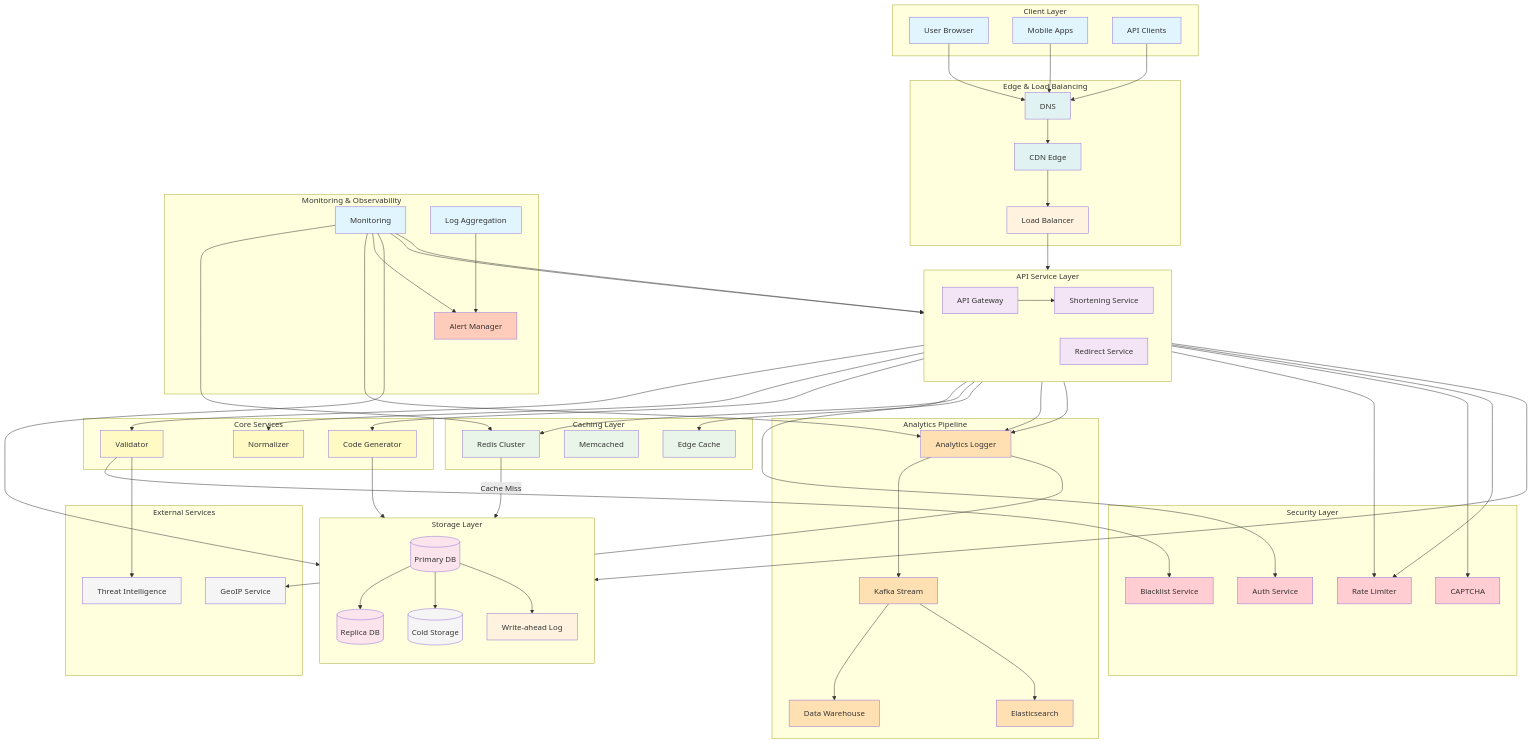
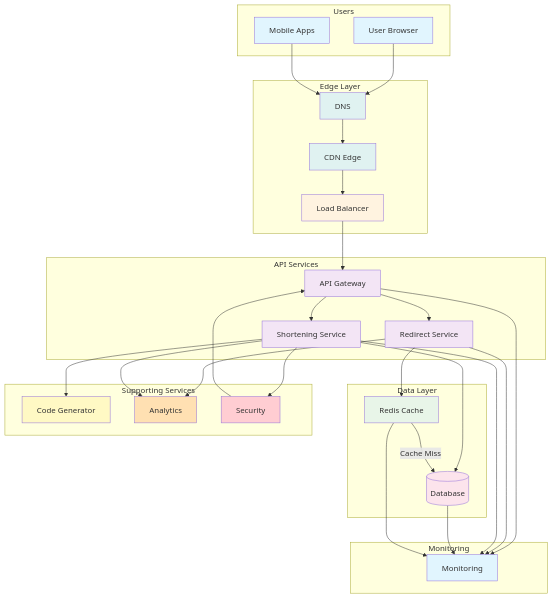
The diagram in URL Shortener System Design.md (romanstetsenko/SystemDesign), drawn with Mermaid before and after one commit. The commit also changed other lines of this file and 1 other file, not shown here.

Commit message:
refactor: Simplify URL Shortener architecture diagram
- Reduced from 9 complex layers to 6 clean, focused layers
- Removed bloated component breakdown (was overcomplicated)
- Fixed monitoring direction: API services  Monitoring (not reverse)
- Eliminated crossed edges and improved flow clarity
- File size: 13.8KB  10.7KB (23% reduction)
- Key layers: Users  Edge  API  Data  Support  Monitoring
- Maintains all essential functionality with cleaner visualization

````diff
--- a/URL Shortener System Design.md
+++ b/URL Shortener System Design.md
@@ -12,181 +12,88 @@
 ```mermaid
 graph TB
-    %% Client Layer - User Interaction Points
-    subgraph "Client Layer"
+    %% User Layer
+    subgraph "Users"
         U[User Browser]
         M[Mobile Apps]
-        API[API Clients]
     end
     
-    %% Load Balancing & Edge Layer
-    subgraph "Edge & Load Balancing"
+    %% Edge & Delivery Layer
+    subgraph "Edge Layer"
         DNS[DNS]
         CDN[CDN Edge]
         LB[Load Balancer]
     end
     
-    %% API Service Layer
-    subgraph "API Service Layer"
-        direction LR
-        AS[API Gateway]
+    %% API Services
+    subgraph "API Services"
+        API[API Gateway]
         RS[Redirect Service]
         SS[Shortening Service]
     end
     
-    %% Core Business Logic
-    subgraph "Core Services"
-        CG[Code Generator]
-        VD[Validator]
-        NM[Normalizer]
+    %% Core Storage & Cache
+    subgraph "Data Layer"
+        RC[Redis Cache]
+        DB[(Database)]
     end
     
-    %% Caching Layer
-    subgraph "Caching Layer"
-        RC[Redis Cluster]
-        MC[Memcached]
-        ECC[Edge Cache]
+    %% Supporting Services
+    subgraph "Supporting Services"
+        CG[Code Generator]
+        AL[Analytics]
+        SEC[Security]
     end
     
-    %% Storage Layer
-    subgraph "Storage Layer"
-        direction TB
-        DB[(Primary DB)]
-        RSDB[(Replica DB)]
-        CS[(Cold Storage)]
-        WAL[Write-ahead Log]
+    %% Monitoring
+    subgraph "Monitoring"
+        MON[Monitoring]
     end
     
-    %% Analytics Pipeline
-    subgraph "Analytics Pipeline"
-        AL[Analytics Logger]
-        KF[Kafka Stream]
-        DW[Data Warehouse]
-        ES[Elasticsearch]
-    end
-    
-    %% Monitoring & Observability
-    subgraph "Monitoring & Observability"
-        MG[Monitoring]
-        ALM[Alert Manager]
-        LOG[Log Aggregation]
-    end
-    
-    %% Security Layer
-    subgraph "Security Layer"
-        BL[Blacklist Service]
-        RL[Rate Limiter]
-        CAP[CAPTCHA]
-        AUTH[Auth Service]
-    end
-    
-    %% External Services
-    subgraph "External Services"
-        THREAT[Threat Intelligence]
-        GEO[GeoIP Service]
-    end
-    
-    %% ==================== FLOWS ====================
-    
-    %% Client to Edge Flow
+    %% Main Flow
     U --> DNS
     M --> DNS
-    API --> DNS
-    
     DNS --> CDN
     CDN --> LB
+    LB --> API
     
-    %% API Request Flow
-    LB --> AS
-    
-    %% Shortening Flow (Write Path)
-    AS --> SS
-    SS --> VD
-    SS --> NM
+    %% Shortening Flow
+    API --> SS
     SS --> CG
-    SS --> AUTH
-    
-    VD --> BL
-    VD --> THREAT
-    
-    CG --> DB
+    SS --> SEC
     SS --> DB
     
-    %% Redirect Flow (Read Path)
+    %% Redirect Flow
+    API --> RS
     RS --> RC
     RC -->|Cache Miss| DB
-    RS --> ECC
     
     %% Analytics Flow
     RS --> AL
     SS --> AL
-    AL --> KF
-    KF --> DW
-    KF --> ES
     
-    %% Monitoring Flow
-    MG --> DB
-    MG --> RC
-    MG --> AS
-    MG --> RS
-    MG --> AL
+    %% Monitoring Flow (API -> Monitoring)
+    API --> MON
+    RS --> MON
+    SS --> MON
+    DB --> MON
+    RC --> MON
     
-    %% Security Flow
-    SS --> RL
-    SS --> CAP
-    RS --> RL
+    %% Security Feedback
+    SEC --> API
     
-    %% Storage Replication
-    DB --> RSDB
-    DB --> CS
-    DB --> WAL
-    
-    %% Geo Enrichment
-    AL --> GEO
-    
-    %% Alerting
-    MG --> ALM
-    LOG --> ALM
-    
-    %% Styling for visual clarity
+    %% Styling
     style U fill:#e1f5fe
     style M fill:#e1f5fe
-    style API fill:#e1f5fe
-    
     style DNS fill:#e0f2f1
     style CDN fill:#e0f2f1
     style LB fill:#fff3e0
-    
-    style AS fill:#f3e5f5
+    style API fill:#f3e5f5
     style RS fill:#f3e5f5
     style SS fill:#f3e5f5
-    
+    style RC fill:#e8f5e8
+    style DB fill:#fce4ec
     style CG fill:#fff9c4
-    style VD fill:#fff9c4
-    style NM fill:#fff9c4
-    
-    style RC fill:#e8f5e8
-    style MC fill:#e8f5e8
-    style ECC fill:#e8f5e8
-    
-    style DB fill:#fce4ec
-    style RSDB fill:#fce4ec
-    style CS fill:#f5f5f5
-    style WAL fill:#fff3e0
-    
     style AL fill:#ffe0b2
-    style KF fill:#ffe0b2
-    style DW fill:#ffe0b2
-    style ES fill:#ffe0b2
-    
-    style MG fill:#e1f5fe
-    style ALM fill:#ffccbc
-    style LOG fill:#e1f5fe
-    
-    style BL fill:#ffcdd2
-    style RL fill:#ffcdd2
-    style CAP fill:#ffcdd2
-    style AUTH fill:#ffcdd2
-    
-    style THREAT fill:#f5f5f5
-    style GEO fill:#f5f5f5
+    style SEC fill:#ffcdd2
+    style MON fill:#e1f5fe
 ```
````
